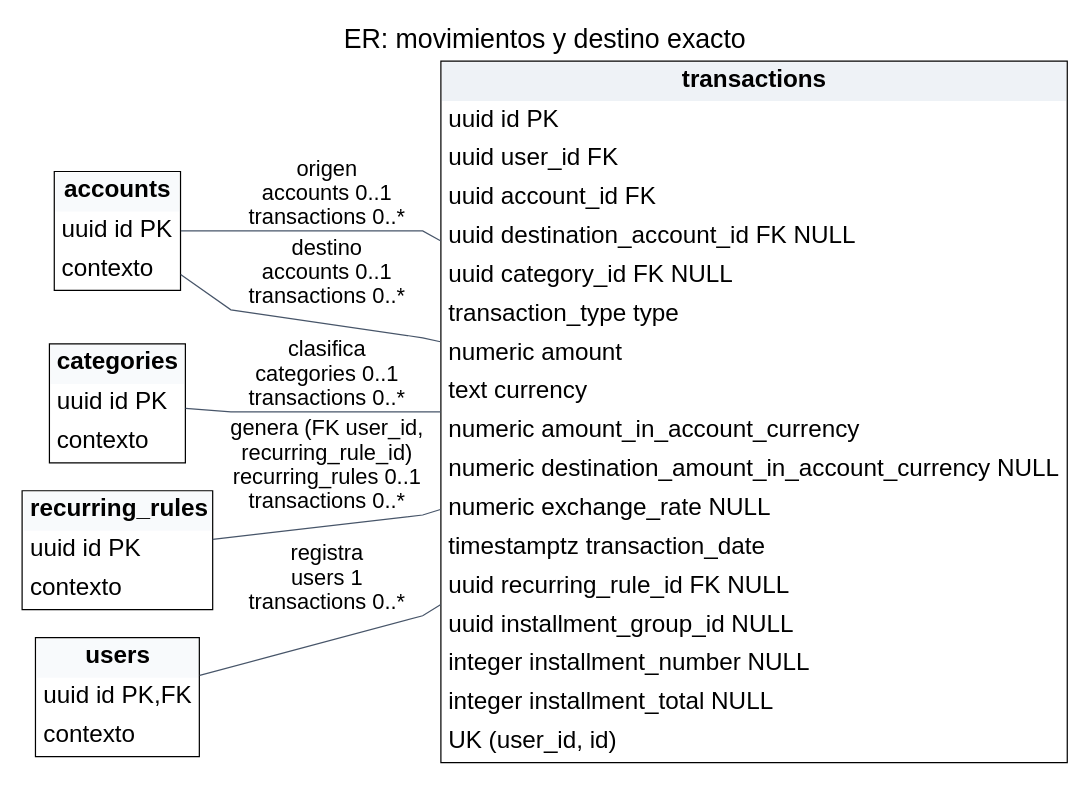
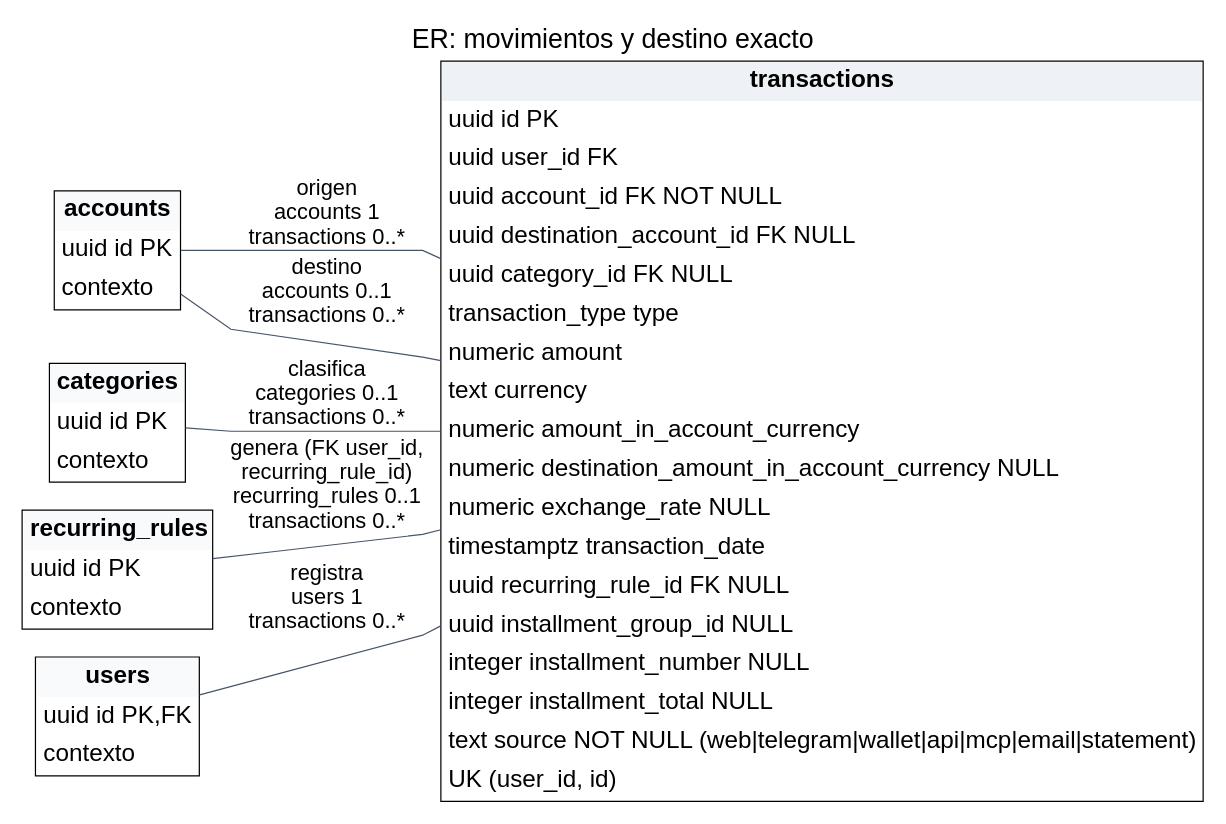
Before and after one commit to jeffreydtz/zarix: the diagram in docs/tif/v2.28/diagramas/ER-CU001-Movimientos.dot, drawn with Graphviz. The commit also changed 9 other files, not shown here.

First line of the commit message:
docs(tif): alinear Fig. 14, 40 y 48 con el código de c830f85

```diff
--- a/docs/tif/v2.28/diagramas/ER-CU001-Movimientos.dot
+++ b/docs/tif/v2.28/diagramas/ER-CU001-Movimientos.dot
@@ -1,16 +1,16 @@
 digraph G {
 graph [rankdir=LR,bgcolor="white",fontname="Arial",pad="0.15",nodesep="0.32",ranksep="0.4",splines=polyline];
 node [fontname="Arial",fontsize=20,shape=plain];
 edge [fontname="Arial",fontsize=18,color="#475569",arrowsize=0.75];
 label="ER: movimientos y destino exacto"; labelloc=t; fontsize=22;
-transactions [label=<<TABLE BORDER="1" CELLBORDER="0" CELLSPACING="0" CELLPADDING="5"><TR><TD BGCOLOR="#eef2f6"><B>transactions</B></TD></TR><TR><TD ALIGN="LEFT">uuid id PK</TD></TR><TR><TD ALIGN="LEFT">uuid user_id FK</TD></TR><TR><TD ALIGN="LEFT">uuid account_id FK</TD></TR><TR><TD ALIGN="LEFT">uuid destination_account_id FK NULL</TD></TR><TR><TD ALIGN="LEFT">uuid category_id FK NULL</TD></TR><TR><TD ALIGN="LEFT">transaction_type type</TD></TR><TR><TD ALIGN="LEFT">numeric amount</TD></TR><TR><TD ALIGN="LEFT">text currency</TD></TR><TR><TD ALIGN="LEFT">numeric amount_in_account_currency</TD></TR><TR><TD ALIGN="LEFT">numeric destination_amount_in_account_currency NULL</TD></TR><TR><TD ALIGN="LEFT">numeric exchange_rate NULL</TD></TR><TR><TD ALIGN="LEFT">timestamptz transaction_date</TD></TR><TR><TD ALIGN="LEFT">uuid recurring_rule_id FK NULL</TD></TR><TR><TD ALIGN="LEFT">uuid installment_group_id NULL</TD></TR><TR><TD ALIGN="LEFT">integer installment_number NULL</TD></TR><TR><TD ALIGN="LEFT">integer installment_total NULL</TD></TR><TR><TD ALIGN="LEFT">UK (user_id, id)</TD></TR></TABLE>>];
+transactions [label=<<TABLE BORDER="1" CELLBORDER="0" CELLSPACING="0" CELLPADDING="5"><TR><TD BGCOLOR="#eef2f6"><B>transactions</B></TD></TR><TR><TD ALIGN="LEFT">uuid id PK</TD></TR><TR><TD ALIGN="LEFT">uuid user_id FK</TD></TR><TR><TD ALIGN="LEFT">uuid account_id FK NOT NULL</TD></TR><TR><TD ALIGN="LEFT">uuid destination_account_id FK NULL</TD></TR><TR><TD ALIGN="LEFT">uuid category_id FK NULL</TD></TR><TR><TD ALIGN="LEFT">transaction_type type</TD></TR><TR><TD ALIGN="LEFT">numeric amount</TD></TR><TR><TD ALIGN="LEFT">text currency</TD></TR><TR><TD ALIGN="LEFT">numeric amount_in_account_currency</TD></TR><TR><TD ALIGN="LEFT">numeric destination_amount_in_account_currency NULL</TD></TR><TR><TD ALIGN="LEFT">numeric exchange_rate NULL</TD></TR><TR><TD ALIGN="LEFT">timestamptz transaction_date</TD></TR><TR><TD ALIGN="LEFT">uuid recurring_rule_id FK NULL</TD></TR><TR><TD ALIGN="LEFT">uuid installment_group_id NULL</TD></TR><TR><TD ALIGN="LEFT">integer installment_number NULL</TD></TR><TR><TD ALIGN="LEFT">integer installment_total NULL</TD></TR><TR><TD ALIGN="LEFT">text source NOT NULL (web|telegram|wallet|api|mcp|email|statement)</TD></TR><TR><TD ALIGN="LEFT">UK (user_id, id)</TD></TR></TABLE>>];
 accounts [label=<<TABLE BORDER="1" CELLBORDER="0" CELLSPACING="0" CELLPADDING="5"><TR><TD BGCOLOR="#f8fafc"><B>accounts</B></TD></TR><TR><TD ALIGN="LEFT">uuid id PK</TD></TR><TR><TD ALIGN="LEFT">contexto</TD></TR></TABLE>>];
 categories [label=<<TABLE BORDER="1" CELLBORDER="0" CELLSPACING="0" CELLPADDING="5"><TR><TD BGCOLOR="#f8fafc"><B>categories</B></TD></TR><TR><TD ALIGN="LEFT">uuid id PK</TD></TR><TR><TD ALIGN="LEFT">contexto</TD></TR></TABLE>>];
 recurring_rules [label=<<TABLE BORDER="1" CELLBORDER="0" CELLSPACING="0" CELLPADDING="5"><TR><TD BGCOLOR="#f8fafc"><B>recurring_rules</B></TD></TR><TR><TD ALIGN="LEFT">uuid id PK</TD></TR><TR><TD ALIGN="LEFT">contexto</TD></TR></TABLE>>];
 users [label=<<TABLE BORDER="1" CELLBORDER="0" CELLSPACING="0" CELLPADDING="5"><TR><TD BGCOLOR="#f8fafc"><B>users</B></TD></TR><TR><TD ALIGN="LEFT">uuid id PK,FK</TD></TR><TR><TD ALIGN="LEFT">contexto</TD></TR></TABLE>>];
 users -> transactions [dir=none,label="registra\nusers 1\ntransactions 0..*"];
-accounts -> transactions [dir=none,label="origen\naccounts 0..1\ntransactions 0..*"];
+accounts -> transactions [dir=none,label="origen\naccounts 1\ntransactions 0..*"];
 accounts -> transactions [dir=none,label="destino\naccounts 0..1\ntransactions 0..*"];
 categories -> transactions [dir=none,label="clasifica\ncategories 0..1\ntransactions 0..*"];
 recurring_rules -> transactions [dir=none,label="genera (FK user_id,\nrecurring_rule_id)\nrecurring_rules 0..1\ntransactions 0..*"];
 }
```
